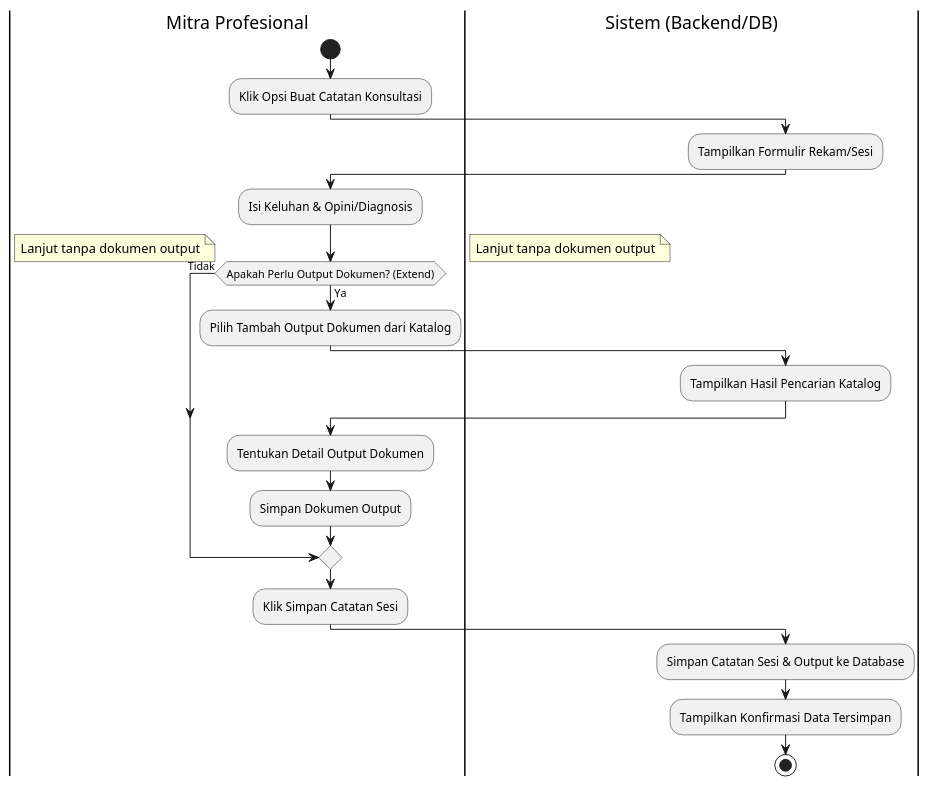
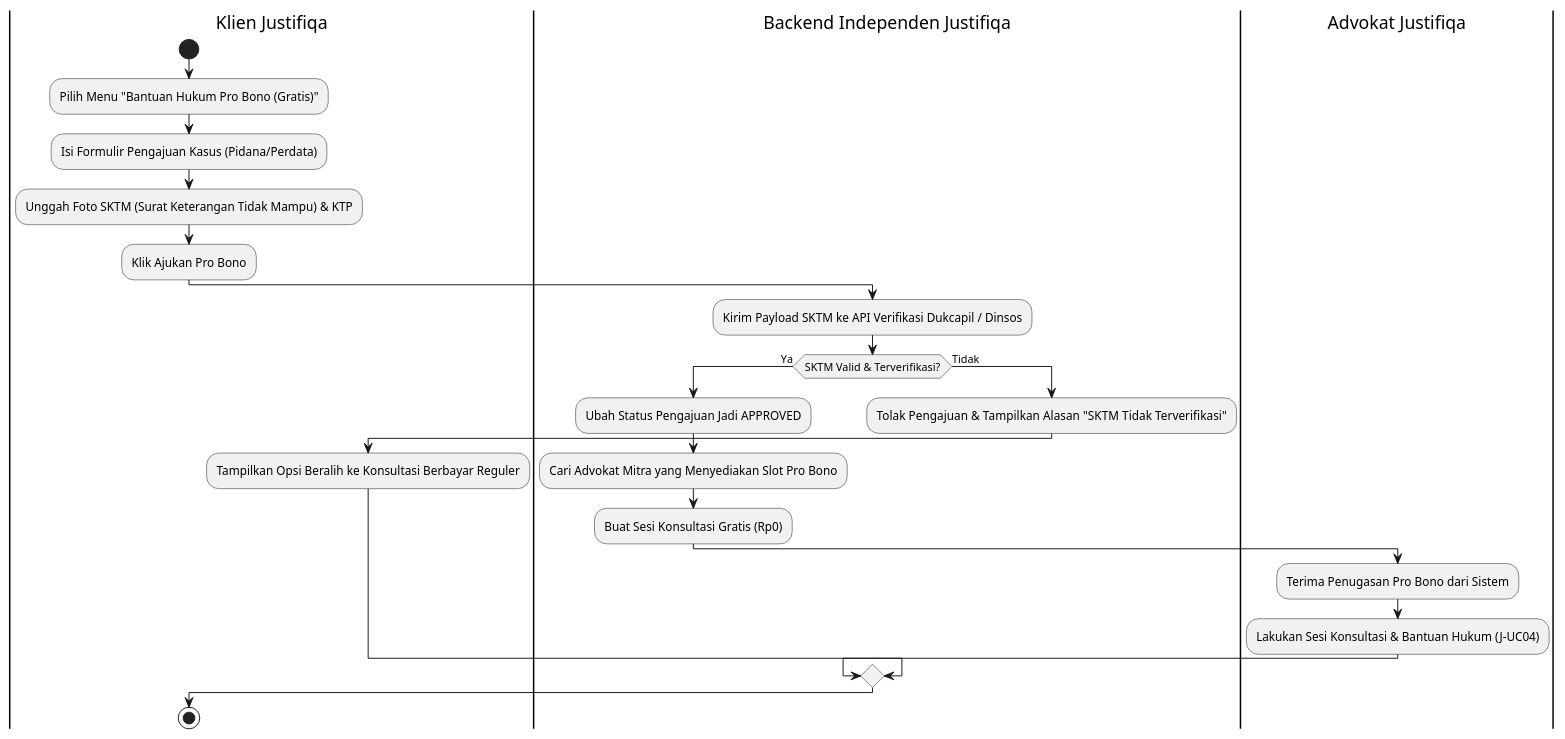
Before and after one commit to tupperwureism/SuperApp-Gagal: the seventh of 20 diagrams in MarkDown/plantuml_activity_diagrams.md, drawn with PlantUML. The commit also changed other lines of this file and 60 other files, not shown here.

````diff
--- a/MarkDown/plantuml_activity_diagrams.md
+++ b/MarkDown/plantuml_activity_diagrams.md
@@ -236,31 +283,27 @@
 ```plantuml
 @startuml
-|Mitra Profesional|
+|Klien Justifiqa|
 start
-:Klik Opsi Buat Catatan Konsultasi;
+:Pilih Menu "Bantuan Hukum Pro Bono (Gratis)";
+:Isi Formulir Pengajuan Kasus (Pidana/Perdata);
+:Unggah Foto SKTM (Surat Keterangan Tidak Mampu) & KTP;
+:Klik Ajukan Pro Bono;
 
-|Sistem (Backend/DB)|
-:Tampilkan Formulir Rekam/Sesi;
-
-|Mitra Profesional|
-:Isi Keluhan & Opini/Diagnosis;
-if (Apakah Perlu Output Dokumen? (Extend)) then (Ya)
-  :Pilih Tambah Output Dokumen dari Katalog;
-  |Sistem (Backend/DB)|
-  :Tampilkan Hasil Pencarian Katalog;
-  |Mitra Profesional|
-  :Tentukan Detail Output Dokumen;
-  :Simpan Dokumen Output;
+|Backend Independen Justifiqa|
+:Kirim Payload SKTM ke API Verifikasi Dukcapil / Dinsos;
+if (SKTM Valid & Terverifikasi?) then (Ya)
+  :Ubah Status Pengajuan Jadi APPROVED;
+  :Cari Advokat Mitra yang Menyediakan Slot Pro Bono;
+  :Buat Sesi Konsultasi Gratis (Rp0);
+  |Advokat Justifiqa|
+  :Terima Penugasan Pro Bono dari Sistem;
+  :Lakukan Sesi Konsultasi & Bantuan Hukum (J-UC04);
 else (Tidak)
-  note right: Lanjut tanpa dokumen output
+  |Backend Independen Justifiqa|
+  :Tolak Pengajuan & Tampilkan Alasan "SKTM Tidak Terverifikasi";
+  |Klien Justifiqa|
+  :Tampilkan Opsi Beralih ke Konsultasi Berbayar Reguler;
 endif
-
-|Mitra Profesional|
-:Klik Simpan Catatan Sesi;
-
-|Sistem (Backend/DB)|
-:Simpan Catatan Sesi & Output ke Database;
-:Tampilkan Konfirmasi Data Tersimpan;
 stop
 @enduml
 ```
````
